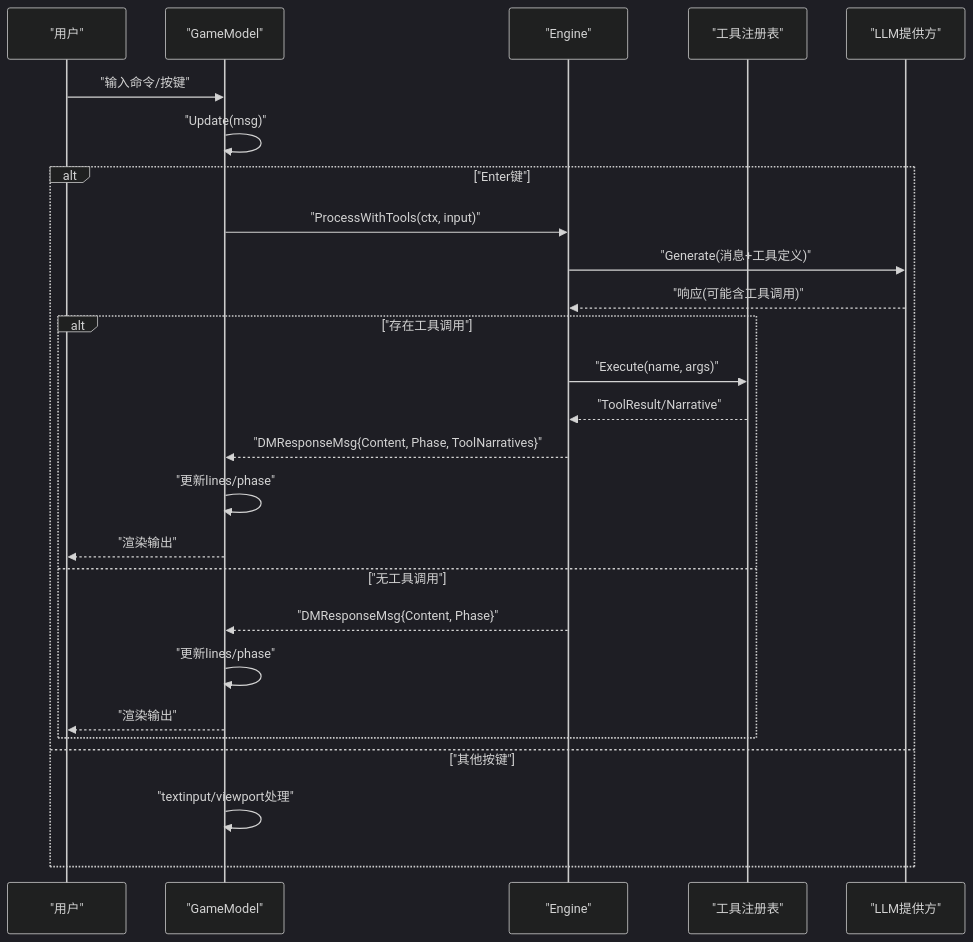
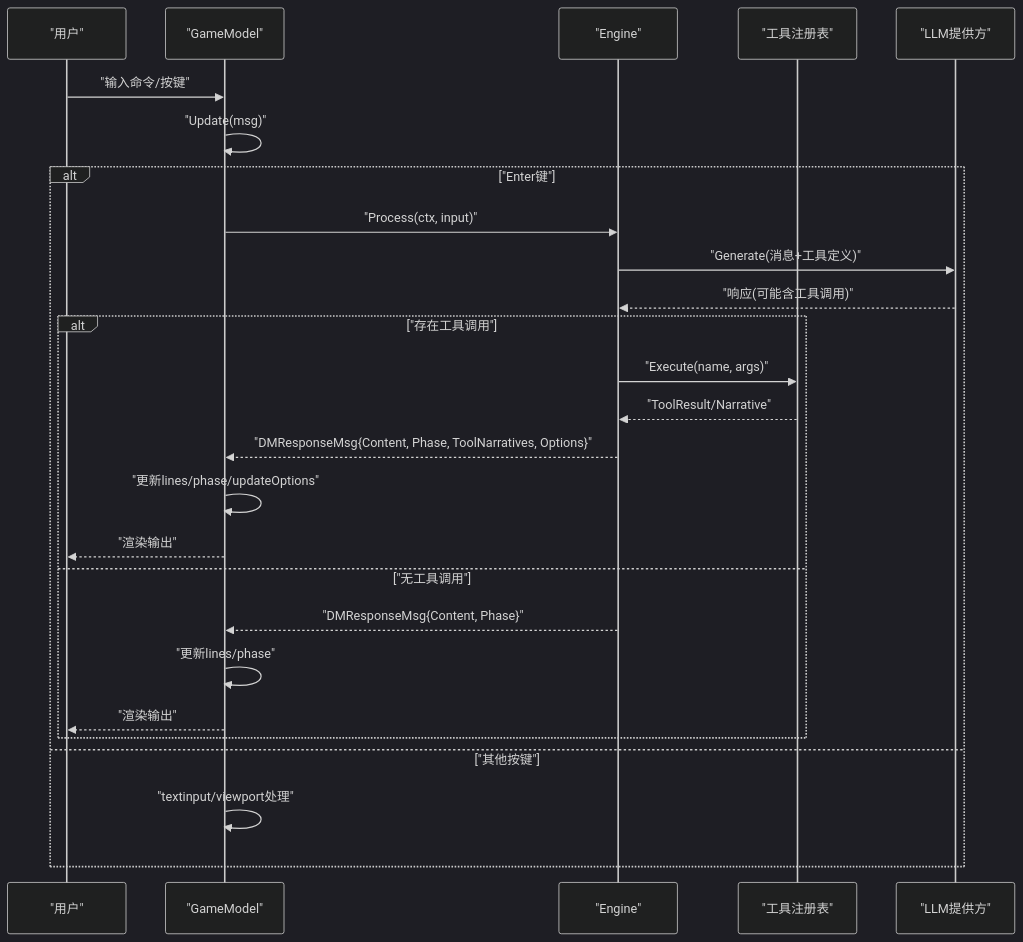
One commit to zwh8800/cdnd changed the second of 6 diagrams in .qoder/repowiki/zh/content/用户界面/用户界面.md. Above: the diagram before and after it, drawn with Mermaid (dark theme). The commit also changed other lines of this file and 5 other files, not shown here.

````diff
--- a/.qoder/repowiki/zh/content/用户界面/用户界面.md
+++ b/.qoder/repowiki/zh/content/用户界面/用户界面.md
@@ -109,28 +117,28 @@
 ```mermaid
 sequenceDiagram
 participant User as "用户"
 participant UI as "GameModel"
 participant Engine as "Engine"
 participant Tools as "工具注册表"
 participant LLM as "LLM提供方"
 User->>UI : "输入命令/按键"
 UI->>UI : "Update(msg)"
 alt "Enter键"
-UI->>Engine : "ProcessWithTools(ctx, input)"
+UI->>Engine : "Process(ctx, input)"
 Engine->>LLM : "Generate(消息+工具定义)"
 LLM-->>Engine : "响应(可能含工具调用)"
 alt "存在工具调用"
 Engine->>Tools : "Execute(name, args)"
 Tools-->>Engine : "ToolResult/Narrative"
-Engine-->>UI : "DMResponseMsg{Content, Phase, ToolNarratives}"
-UI->>UI : "更新lines/phase"
+Engine-->>UI : "DMResponseMsg{Content, Phase, ToolNarratives, Options}"
+UI->>UI : "更新lines/phase/updateOptions"
 UI-->>User : "渲染输出"
 else "无工具调用"
 Engine-->>UI : "DMResponseMsg{Content, Phase}"
 UI->>UI : "更新lines/phase"
 UI-->>User : "渲染输出"
 end
 else "其他按键"
 UI->>UI : "textinput/viewport处理"
 end
 ```
````
